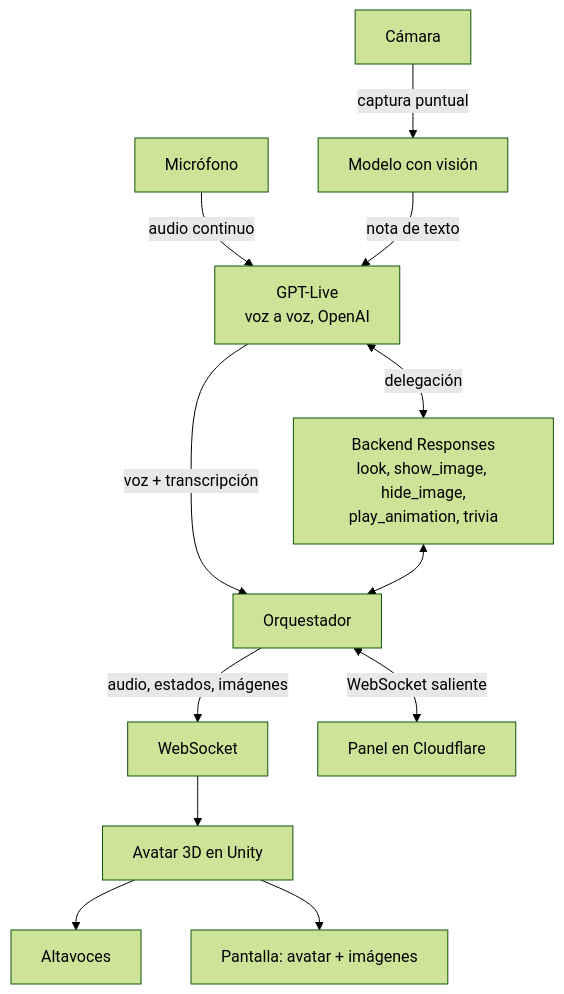
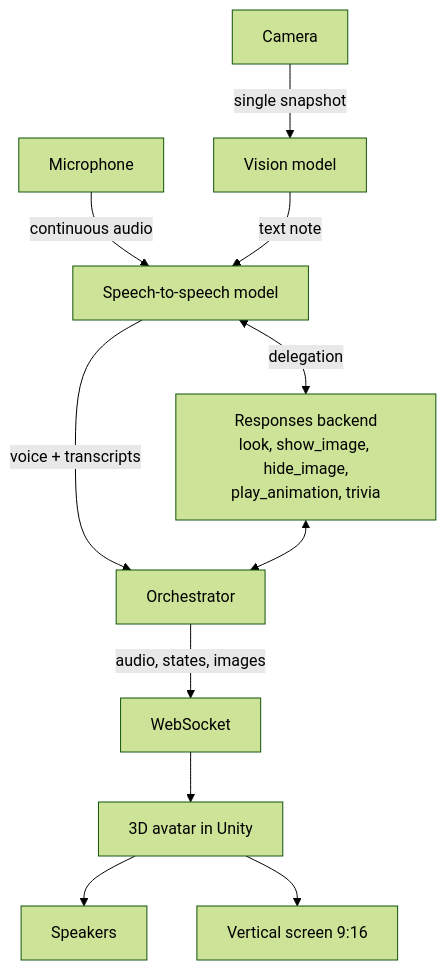
One commit to Sonnet-Code/sonnia-sdk changed the diagram in README.md. Above: the diagram before and after it, drawn with Mermaid (forest theme). The commit also changed other lines of this file and 986 other files, not shown here.

First line of the commit message:
Start the public release: MIT license, English README and WebSocket protocol

````diff
--- a/README.md
+++ b/README.md
@@ -26,14 +18,13 @@
 ```mermaid
 flowchart TB
-    Mic[Micrófono] -->|audio continuo| Live[GPT-Live<br/>voz a voz, OpenAI]
-    Live -->|voz + transcripción| Orq[Orquestador]
-    Live <-->|delegación| Backend[Backend Responses<br/>look, show_image, hide_image,<br/>play_animation, trivia]
-    Backend <--> Orq
-    Cam[Cámara] -->|captura puntual| Vision[Modelo con visión]
-    Vision -->|nota de texto| Live
-    Orq -->|audio, estados, imágenes| WS[WebSocket]
-    WS --> Unity[Avatar 3D en Unity]
-    Unity --> Speakers[Altavoces]
-    Unity --> Screen[Pantalla: avatar + imágenes]
-    Orq <-->|WebSocket saliente| Panel[Panel en Cloudflare]
+    Mic[Microphone] -->|continuous audio| Live[Speech-to-speech model]
+    Live -->|voice + transcripts| Orch[Orchestrator]
+    Live <-->|delegation| Backend[Responses backend<br/>look, show_image, hide_image,<br/>play_animation, trivia]
+    Backend <--> Orch
+    Cam[Camera] -->|single snapshot| Vision[Vision model]
+    Vision -->|text note| Live
+    Orch -->|audio, states, images| WS[WebSocket]
+    WS --> Unity[3D avatar in Unity]
+    Unity --> Speakers[Speakers]
+    Unity --> Screen[Vertical screen 9:16]
 ```
````
